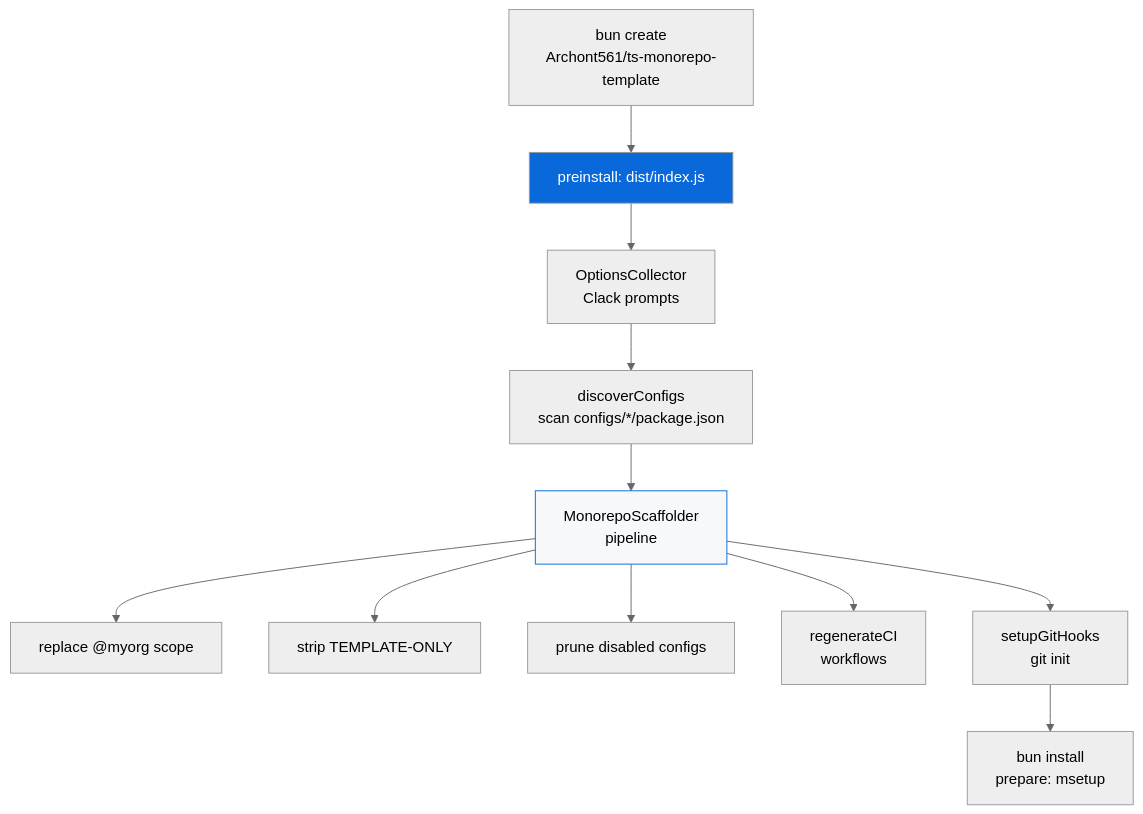
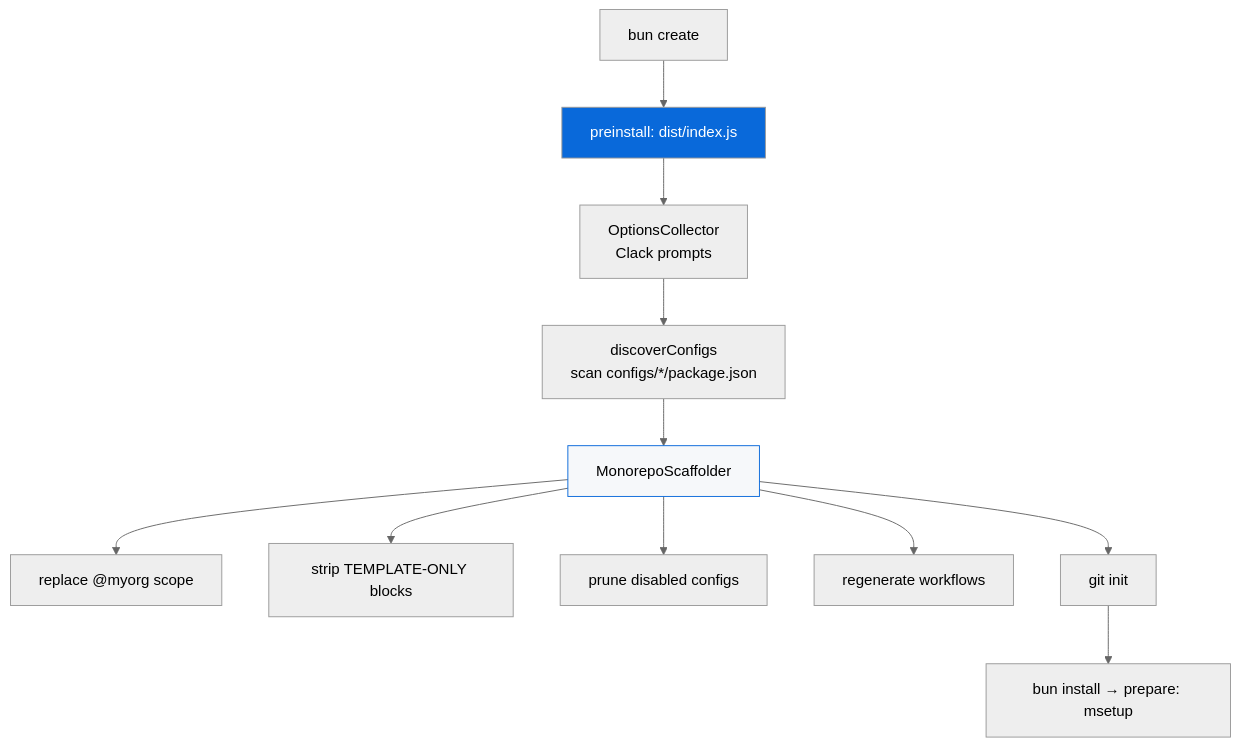
One commit to Archont561/ts-monorepo-template changed the diagram in configs/template/README.md. Above: the diagram before and after it, drawn with Mermaid (neutral theme). The commit also changed other lines of this file and 50 other files, not shown here.

````diff
--- a/configs/template/README.md
+++ b/configs/template/README.md
@@ -16,16 +16,16 @@
 ```mermaid
 graph TD
-    A[bun create<br/>Archont561/ts-monorepo-template] --> B[preinstall: dist/index.js]
+    A[bun create] --> B[preinstall: dist/index.js]
     B --> C[OptionsCollector<br/>Clack prompts]
     C --> D[discoverConfigs<br/>scan configs/*/package.json]
-    D --> E[MonorepoScaffolder<br/>pipeline]
+    D --> E[MonorepoScaffolder]
     E --> F[replace @myorg scope]
-    E --> G[strip TEMPLATE-ONLY]
+    E --> G[strip TEMPLATE-ONLY blocks]
     E --> H[prune disabled configs]
-    E --> I[regenerateCI<br/>workflows]
-    E --> J[setupGitHooks<br/>git init]
-    J --> K[bun install<br/>prepare: msetup]
+    E --> I[regenerate workflows]
+    E --> J[git init]
+    J --> K[bun install → prepare: msetup]
 
     style B fill:#0969DA,color:#fff
     style E fill:#f6f8fa,stroke:#0969DA
 ```
````
